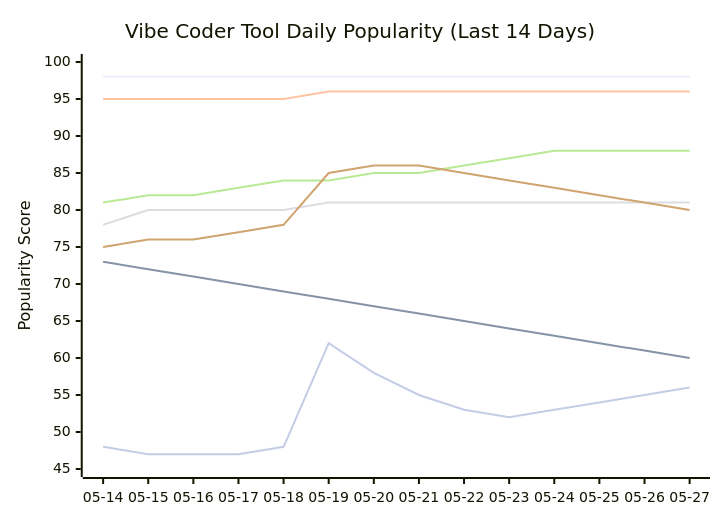
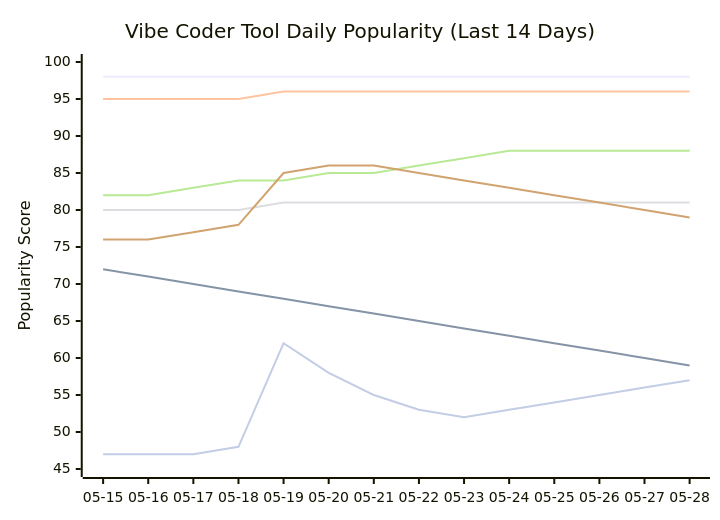
Before and after one commit to tykimos/ai-whatchelin: the seventh of 11 diagrams in README.md, drawn with Mermaid. The commit also changed other lines of this file and 4 other files, not shown here.

````diff
--- a/README.md
+++ b/README.md
@@ -1092,13 +1114,13 @@
 ```mermaid
 xychart-beta
     title "Vibe Coder Tool Daily Popularity (Last 14 Days)"
-    x-axis ["05-14", "05-15", "05-16", "05-17", "05-18", "05-19", "05-20", "05-21", "05-22", "05-23", "05-24", "05-25", "05-26", "05-27"]
+    x-axis ["05-15", "05-16", "05-17", "05-18", "05-19", "05-20", "05-21", "05-22", "05-23", "05-24", "05-25", "05-26", "05-27", "05-28"]
     y-axis "Popularity Score" 45 --> 100
     line "Claude Code" [98, 98, 98, 98, 98, 98, 98, 98, 98, 98, 98, 98, 98, 98]
-    line "GH Copilot" [73, 72, 71, 70, 69, 68, 67, 66, 65, 64, 63, 62, 61, 60]
-    line "Cursor" [95, 95, 95, 95, 95, 96, 96, 96, 96, 96, 96, 96, 96, 96]
-    line "Windsurf" [78, 80, 80, 80, 80, 81, 81, 81, 81, 81, 81, 81, 81, 81]
-    line "Codex CLI" [81, 82, 82, 83, 84, 84, 85, 85, 86, 87, 88, 88, 88, 88]
-    line "Gemini CLI" [75, 76, 76, 77, 78, 85, 86, 86, 85, 84, 83, 82, 81, 80]
-    line "Antigravity" [48, 47, 47, 47, 48, 62, 58, 55, 53, 52, 53, 54, 55, 56]
+    line "GH Copilot" [72, 71, 70, 69, 68, 67, 66, 65, 64, 63, 62, 61, 60, 59]
+    line "Cursor" [95, 95, 95, 95, 96, 96, 96, 96, 96, 96, 96, 96, 96, 96]
+    line "Windsurf" [80, 80, 80, 80, 81, 81, 81, 81, 81, 81, 81, 81, 81, 81]
+    line "Codex CLI" [82, 82, 83, 84, 84, 85, 85, 86, 87, 88, 88, 88, 88, 88]
+    line "Gemini CLI" [76, 76, 77, 78, 85, 86, 86, 85, 84, 83, 82, 81, 80, 79]
+    line "Antigravity" [47, 47, 47, 48, 62, 58, 55, 53, 52, 53, 54, 55, 56, 57]
 ```
````
